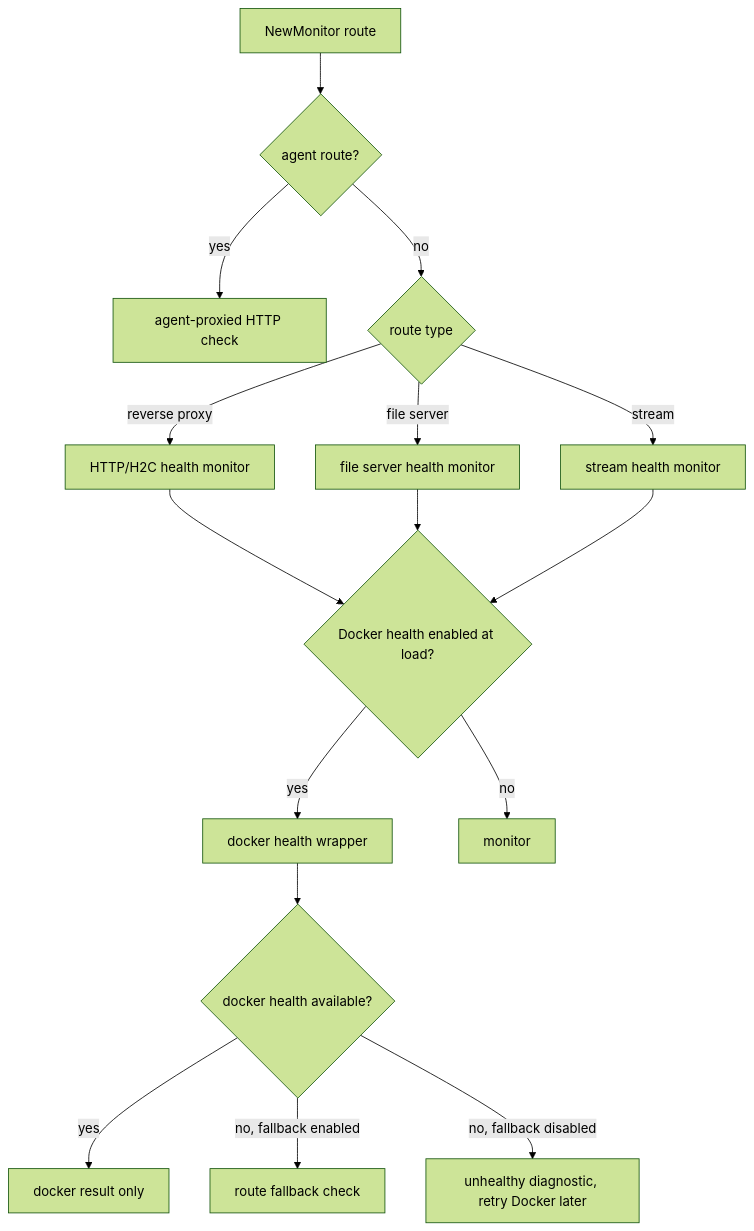
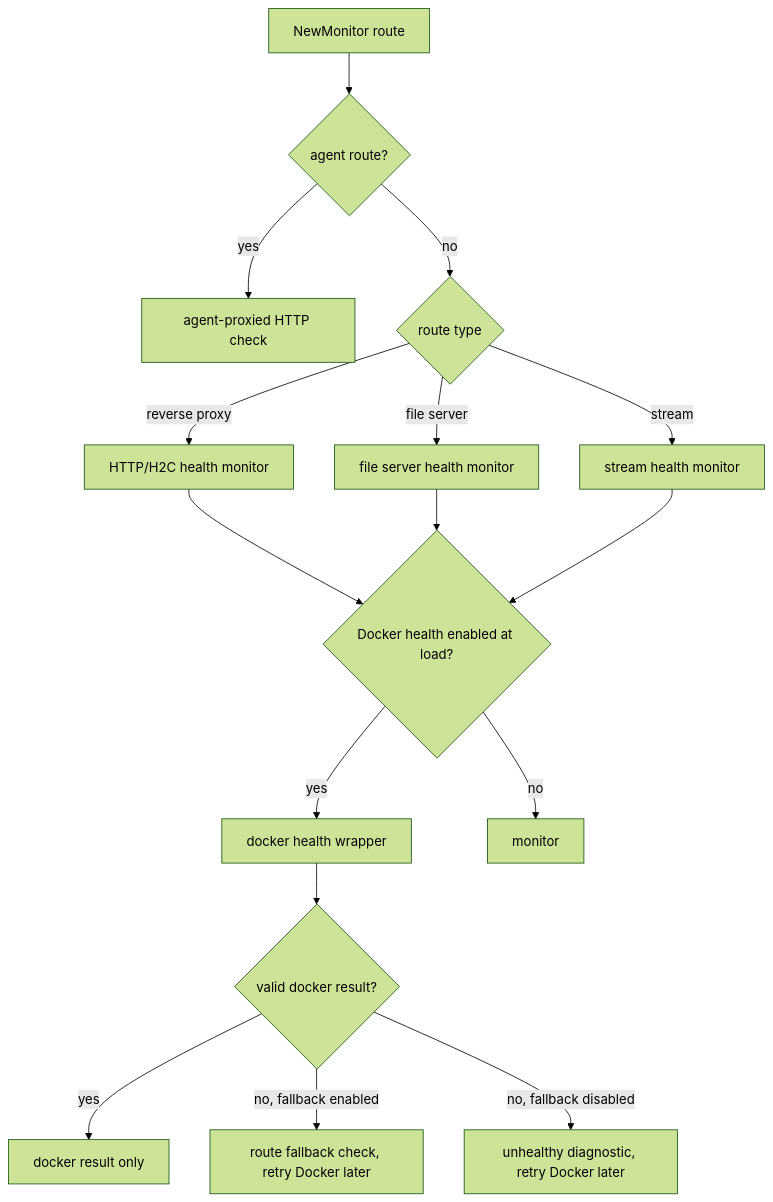
The diagram in content/docs/impl/internal-health-monitor.mdx (yusing/godoxy-wiki), drawn with Mermaid (forest theme) before and after one commit. The commit also changed other lines of this file and 2 other files, not shown here.

First line of the commit message:
fix(health): document Docker fallback behavior

````diff
--- a/content/docs/impl/internal-health-monitor.mdx
+++ b/content/docs/impl/internal-health-monitor.mdx
@@ -64,18 +65,18 @@
 ```mermaid
 flowchart TD
     A[NewMonitor route] --> B{agent route?}
     B -->|yes| C[agent-proxied HTTP check]
     B -->|no| D{route type}
     D -->|reverse proxy| E[HTTP/H2C health monitor]
     D -->|file server| F[file server health monitor]
     D -->|stream| G[stream health monitor]
     E --> H{Docker health enabled at load?}
     F --> H
     G --> H
     H -->|yes| I[docker health wrapper]
     H -->|no| J[monitor]
-    I --> K{docker health available?}
+    I --> K{valid docker result?}
     K -->|yes| L[docker result only]
-    K -->|no, fallback enabled| M[route fallback check]
+    K -->|no, fallback enabled| M[route fallback check, retry Docker later]
     K -->|no, fallback disabled| N[unhealthy diagnostic, retry Docker later]
 ```
````
